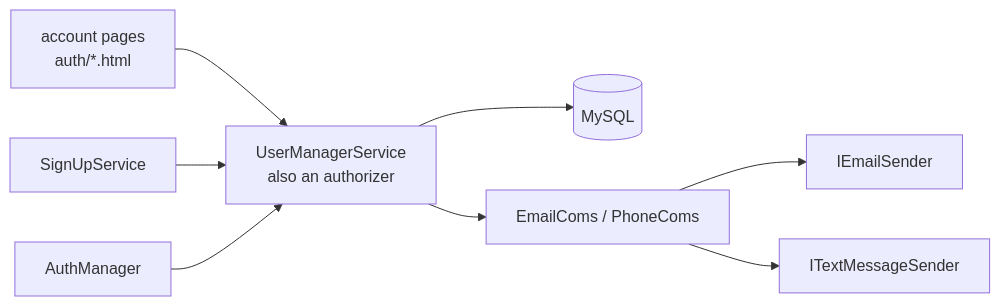
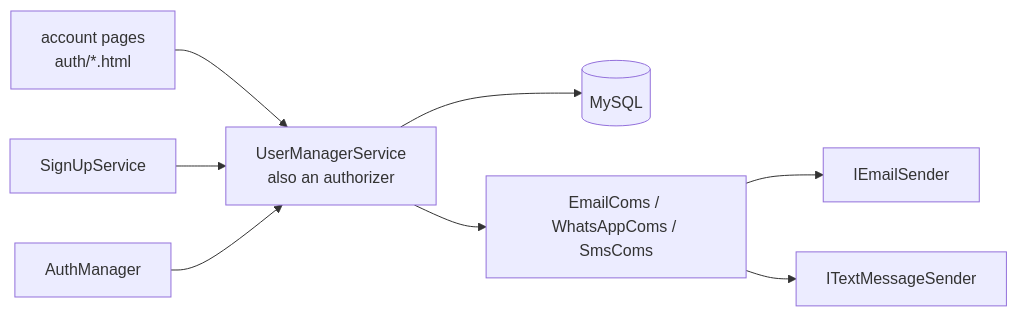
One commit to dosh1974/SysWeaver changed the diagram in SysWeaver.MicroService.UserManager/README.md. Above: the diagram before and after it, drawn with Mermaid. The commit also changed other lines of this file and 640 other files, not shown here.

````diff
--- a/SysWeaver.MicroService.UserManager/README.md
+++ b/SysWeaver.MicroService.UserManager/README.md
@@ -18,10 +18,10 @@
 ```mermaid
 flowchart LR
   UI["account pages<br/>auth/*.html"] --> UMS["UserManagerService<br/>also an authorizer"]
   Sign["SignUpService"] --> UMS
   UMS --> DB[("MySQL")]
-  UMS --> Coms["EmailComs / PhoneComs"]
+  UMS --> Coms["EmailComs / WhatsAppComs / SmsComs"]
   Coms --> Mail["IEmailSender"]
   Coms --> Sms["ITextMessageSender"]
   AM["AuthManager"] --> UMS
 ```
````
